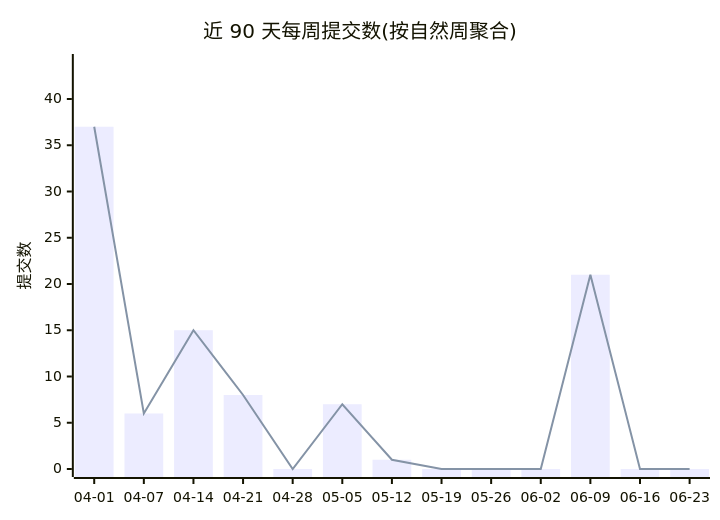
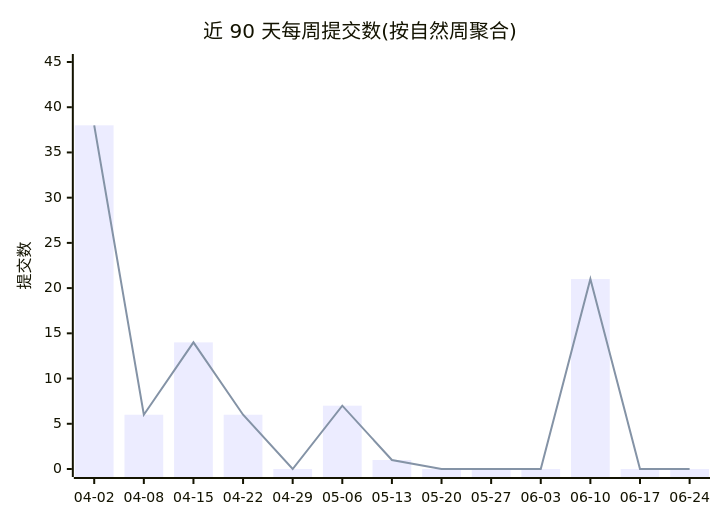
One commit to Conflux-Union/.github changed the first of 2 diagrams in profile/README.md. Above: the diagram before and after it, drawn with Mermaid. The commit also changed other lines of this file and 1 other file, not shown here.

Commit message:
chore(stats): refresh org commit stats

````diff
--- a/profile/README.md
+++ b/profile/README.md
@@ -44,8 +44,8 @@
 ```mermaid
 xychart-beta
     title "近 90 天每周提交数(按自然周聚合)"
-    x-axis ["04-01", "04-07", "04-14", "04-21", "04-28", "05-05", "05-12", "05-19", "05-26", "06-02", "06-09", "06-16", "06-23"]
-    y-axis "提交数" 0 --> 44
-    bar [37, 6, 15, 8, 0, 7, 1, 0, 0, 0, 21, 0, 0]
-    line [37, 6, 15, 8, 0, 7, 1, 0, 0, 0, 21, 0, 0]
+    x-axis ["04-02", "04-08", "04-15", "04-22", "04-29", "05-06", "05-13", "05-20", "05-27", "06-03", "06-10", "06-17", "06-24"]
+    y-axis "提交数" 0 --> 45
+    bar [38, 6, 14, 6, 0, 7, 1, 0, 0, 0, 21, 0, 0]
+    line [38, 6, 14, 6, 0, 7, 1, 0, 0, 0, 21, 0, 0]
 ```
````
